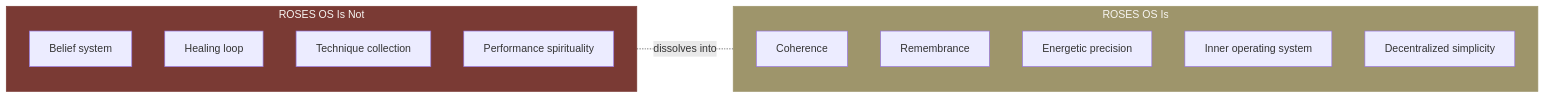
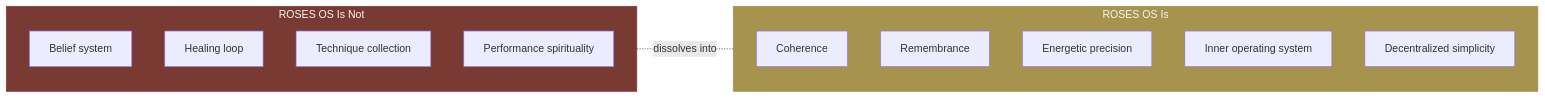
The fifth of 28 diagrams in docs/brand-dna.md (Light-Brands/roses-os), drawn with Mermaid before and after one commit. The commit also changed other lines of this file and 1 other file, not shown here.

````diff
--- a/docs/brand-dna.md
+++ b/docs/brand-dna.md
@@ -225,24 +225,24 @@
 ```mermaid
 graph LR
     subgraph NOT["ROSES OS Is Not"]
         direction TB
         N1["Belief system"]
         N2["Healing loop"]
         N3["Technique collection"]
         N4["Performance spirituality"]
     end
 
     subgraph IS["ROSES OS Is"]
         direction TB
         Y1["Coherence"]
         Y2["Remembrance"]
         Y3["Energetic precision"]
         Y4["Inner operating system"]
         Y5["Decentralized simplicity"]
     end
 
     NOT -.-|"dissolves into"| IS
 
     style NOT fill:#7A3A34,color:#F7F5F2,stroke:#7A3A34
-    style IS fill:#9E956B,color:#F7F5F2,stroke:#9E956B
+    style IS fill:#A6944E,color:#F7F5F2,stroke:#A6944E
 ```
````
